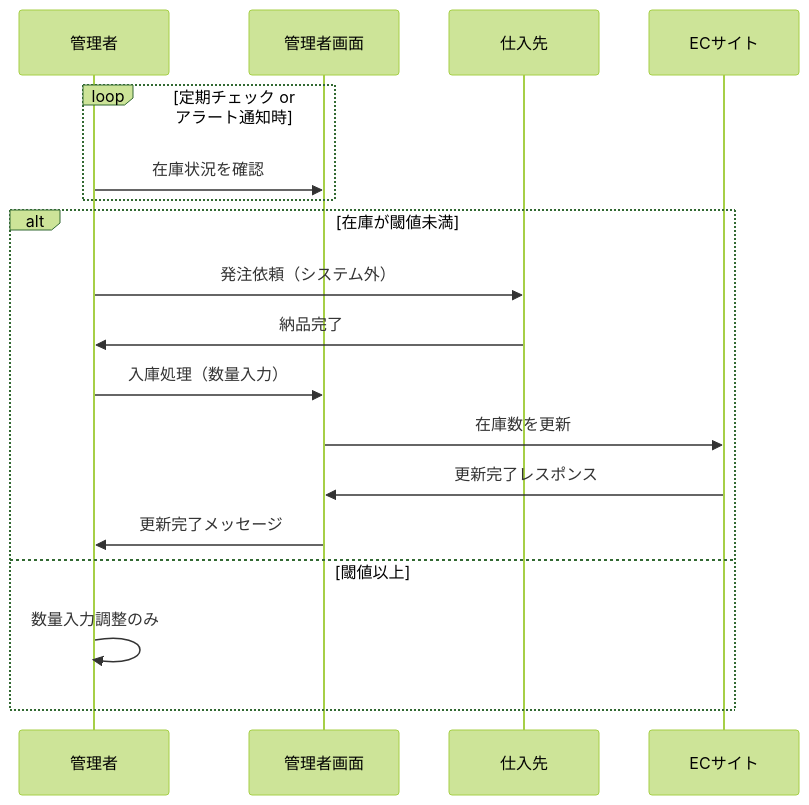
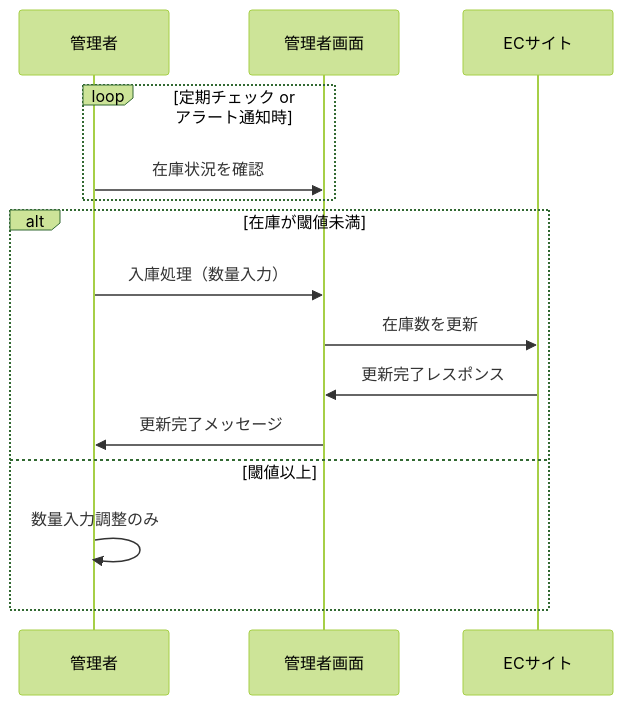
One commit to YUKlT0/Equipe changed the third of 3 diagrams in 基本設計/B.md. Above: the diagram before and after it, drawn with Mermaid (forest theme). The commit also changed other lines of this file, not shown here.

```diff
--- a/基本設計/B.md
+++ b/基本設計/B.md
@@ -140,22 +134,19 @@
 <div class="mermaid">
 sequenceDiagram
 participant 管理者 as 管理者
 participant 管理画面 as 管理者画面
-participant 倉庫 as　仕入先
 participant DB as ECサイト
 
 loop 定期チェック or アラート通知時
     管理者 ->> 管理画面: 在庫状況を確認
 end
 
 alt 在庫が閾値未満
-    管理者 ->> 倉庫: 発注依頼（システム外）
-    倉庫 ->> 管理者: 納品完了
     管理者 ->> 管理画面: 入庫処理（数量入力）
     管理画面 ->> DB: 在庫数を更新
     DB ->> 管理画面: 更新完了レスポンス
     管理画面 ->> 管理者: 更新完了メッセージ
 else 閾値以上
     管理者 ->> 管理者: 数量入力調整のみ
 end
 </div>
```
